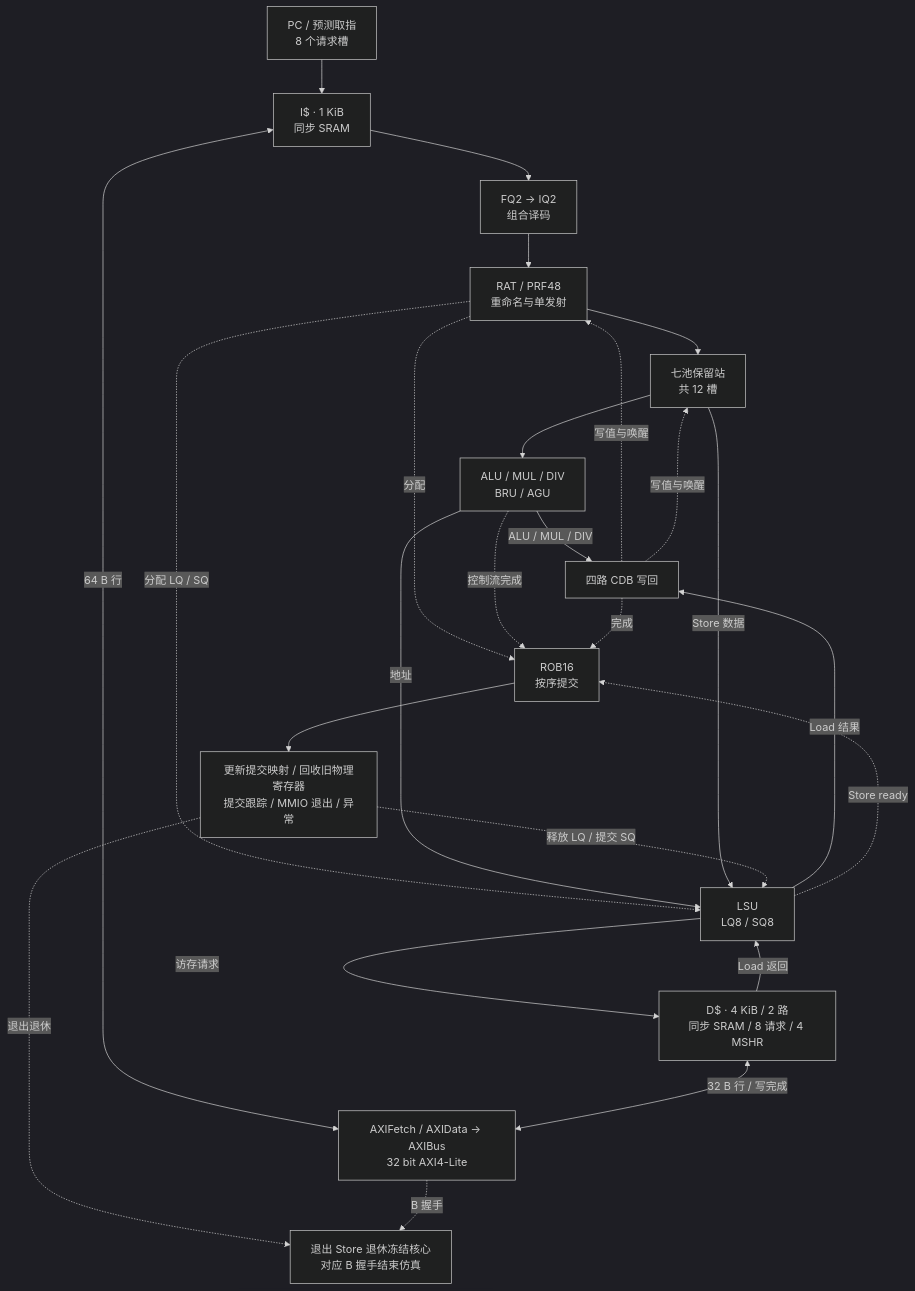
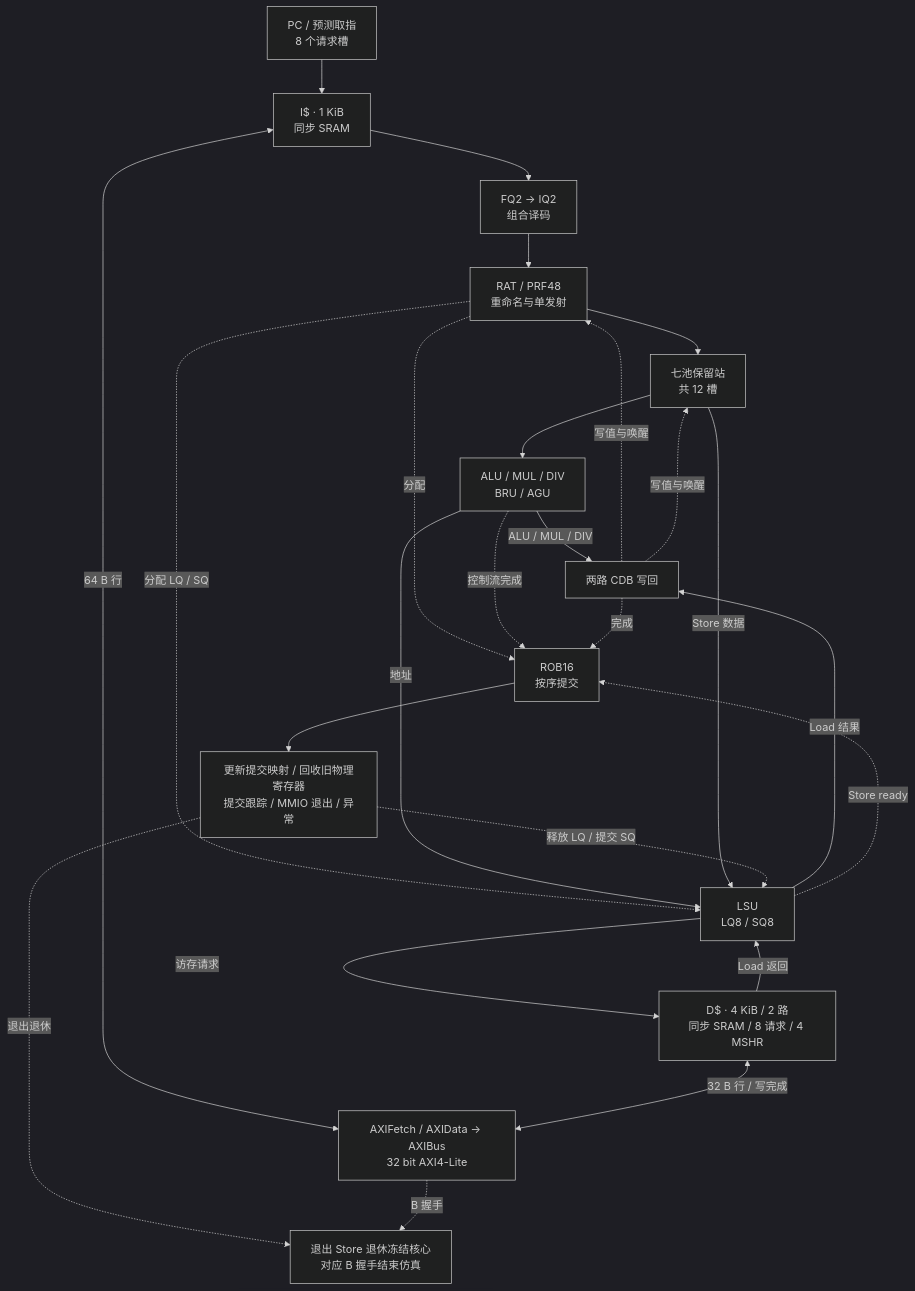
One commit to CPU-2026/RISC-V-CPU-2026 changed the first of 3 diagrams in README.md. Above: the diagram before and after it, drawn with Mermaid (dark theme). The commit also changed other lines of this file and 42 other files, not shown here.

````diff
--- a/README.md
+++ b/README.md
@@ -30,35 +30,35 @@
 ```mermaid
 flowchart TB
     FETCH["PC / 预测取指<br/>8 个请求槽"]
     IC["I$ · 1 KiB<br/>同步 SRAM"]
     FRONT["FQ2 → IQ2<br/>组合译码"]
     ISSUE["RAT / PRF48<br/>重命名与单发射"]
     RS["七池保留站<br/>共 12 槽"]
     EXEC["ALU / MUL / DIV<br/>BRU / AGU"]
-    WB["四路 CDB 写回"]
+    WB["两路 CDB 写回"]
     ROB["ROB16<br/>按序提交"]
     COMMIT["更新提交映射 / 回收旧物理寄存器<br/>提交跟踪 / MMIO 退出 / 异常"]
     LSU["LSU<br/>LQ8 / SQ8"]
     DC["D$ · 4 KiB / 2 路<br/>同步 SRAM / 8 请求 / 4 MSHR"]
     MEM["AXIFetch / AXIData → AXIBus<br/>32 bit AXI4-Lite"]
     DONE["退出 Store 退休冻结核心<br/>对应 B 握手结束仿真"]
     FETCH --> IC --> FRONT --> ISSUE --> RS --> EXEC
     ISSUE -.->|分配| ROB
     ISSUE -.->|分配 LQ / SQ| LSU
     EXEC -->|ALU / MUL / DIV| WB
     EXEC -->|地址| LSU
     RS -->|Store 数据| LSU
     EXEC -.->|控制流完成| ROB
     LSU -->|Load 结果| WB
     WB -.->|完成| ROB
     WB -.->|写值与唤醒| ISSUE & RS
     LSU -.->|Store ready| ROB
     ROB --> COMMIT
     COMMIT -.->|释放 LQ / 提交 SQ| LSU
     LSU -->|访存请求| DC
     DC -->|Load 返回| LSU
     IC <-->|64 B 行| MEM
     DC <-->|32 B 行 / 写完成| MEM
     COMMIT -.->|退出退休| DONE
     MEM -.->|B 握手| DONE
 ```
````
